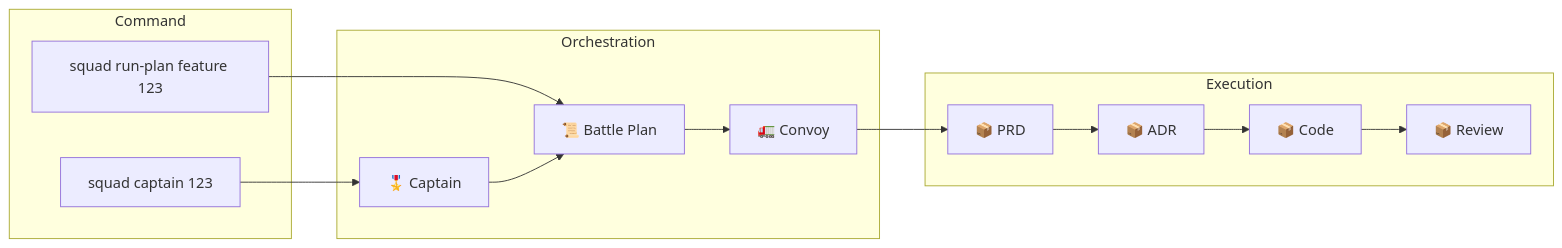
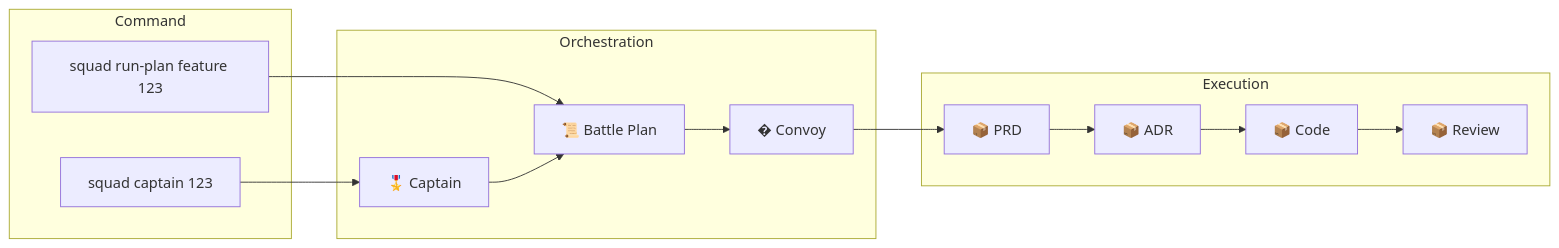
Before and after one commit to jnPiyush/AI-Squad: the fifth of 7 diagrams in README.md, drawn with Mermaid. The commit also changed other lines of this file, not shown here.

````diff
--- a/README.md
+++ b/README.md
@@ -225,26 +225,26 @@
 ```mermaid
 graph LR
     subgraph "Command"
         C1["squad captain 123"]
         C2["squad run-plan feature 123"]
     end
     
     subgraph "Orchestration"
         Captain["🎖️ Captain"]
         BP["📜 Battle Plan"]
-        Conv["🚛 Convoy"]
+        Conv["� Convoy"]
     end
     
     subgraph "Execution"
         WI1["📦 PRD"]
         WI2["📦 ADR"]
         WI3["📦 Code"]
         WI4["📦 Review"]
     end
     
     C1 --> Captain
     C2 --> BP
     Captain --> BP
     BP --> Conv
     Conv --> WI1 --> WI2 --> WI3 --> WI4
 ```
````
